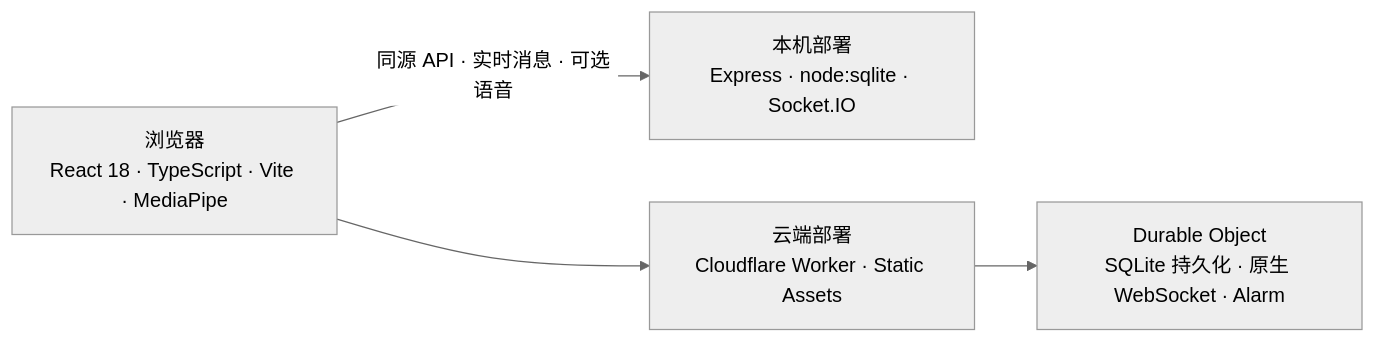
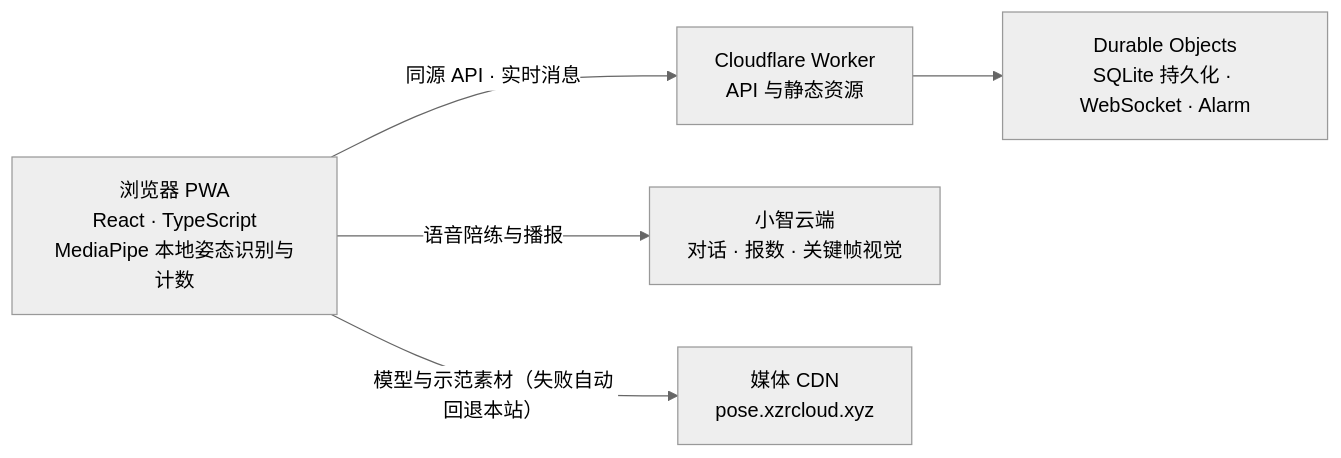
Before and after one commit to xuzerui6/MoveMate: the diagram in README.md, drawn with Mermaid (neutral theme). The commit also changed other lines of this file, not shown here.

````diff
--- a/README.md
+++ b/README.md
@@ -87,6 +105,7 @@
 ```mermaid
 flowchart LR
-    A["浏览器<br/>React 18 · TypeScript · Vite · MediaPipe"] -->|"同源 API · 实时消息 · 可选语音"| B["本机部署<br/>Express · node:sqlite · Socket.IO"]
-    A --> C["云端部署<br/>Cloudflare Worker · Static Assets"]
-    C --> D["Durable Object<br/>SQLite 持久化 · 原生 WebSocket · Alarm"]
+    A["浏览器 PWA<br/>React · TypeScript<br/>MediaPipe 本地姿态识别与计数"] -->|"同源 API · 实时消息"| B["Cloudflare Worker<br/>API 与静态资源"]
+    B --> C["Durable Objects<br/>SQLite 持久化 · WebSocket · Alarm"]
+    A -->|"语音陪练与播报"| D["小智云端<br/>对话 · 报数 · 关键帧视觉"]
+    A -->|"模型与示范素材（失败自动回退本站）"| E["媒体 CDN<br/>pose.xzrcloud.xyz"]
 ```
````
